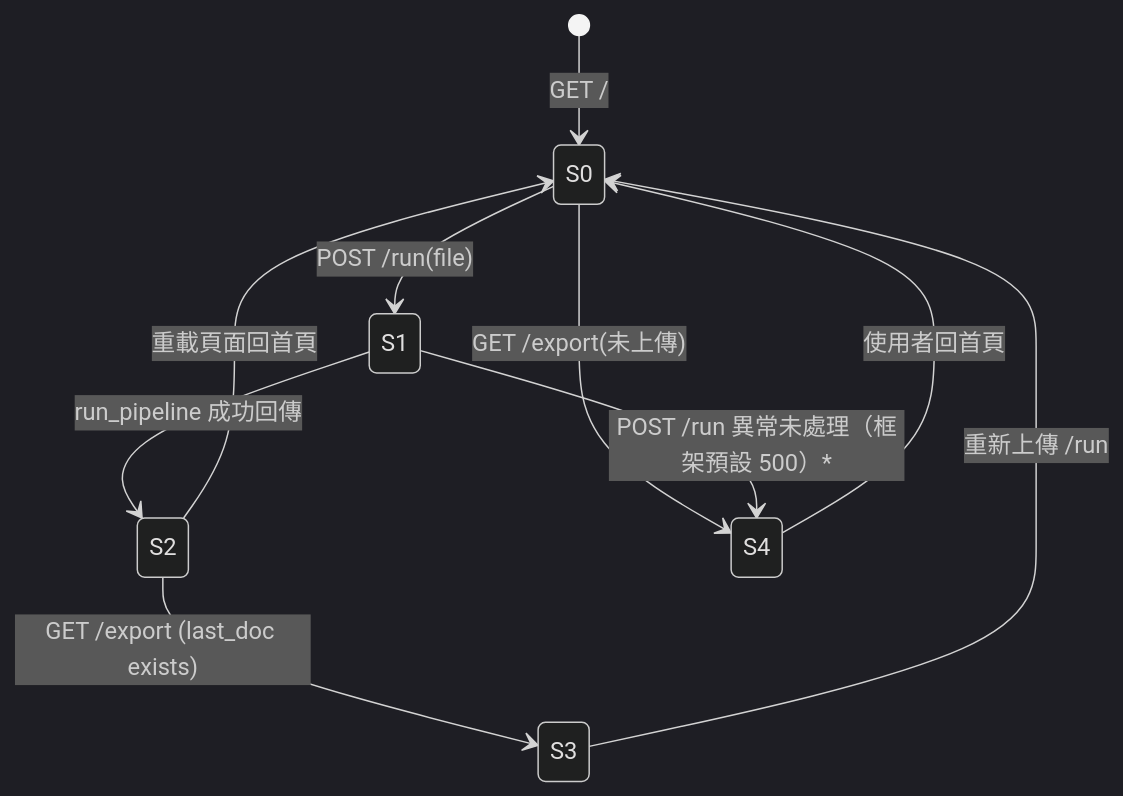
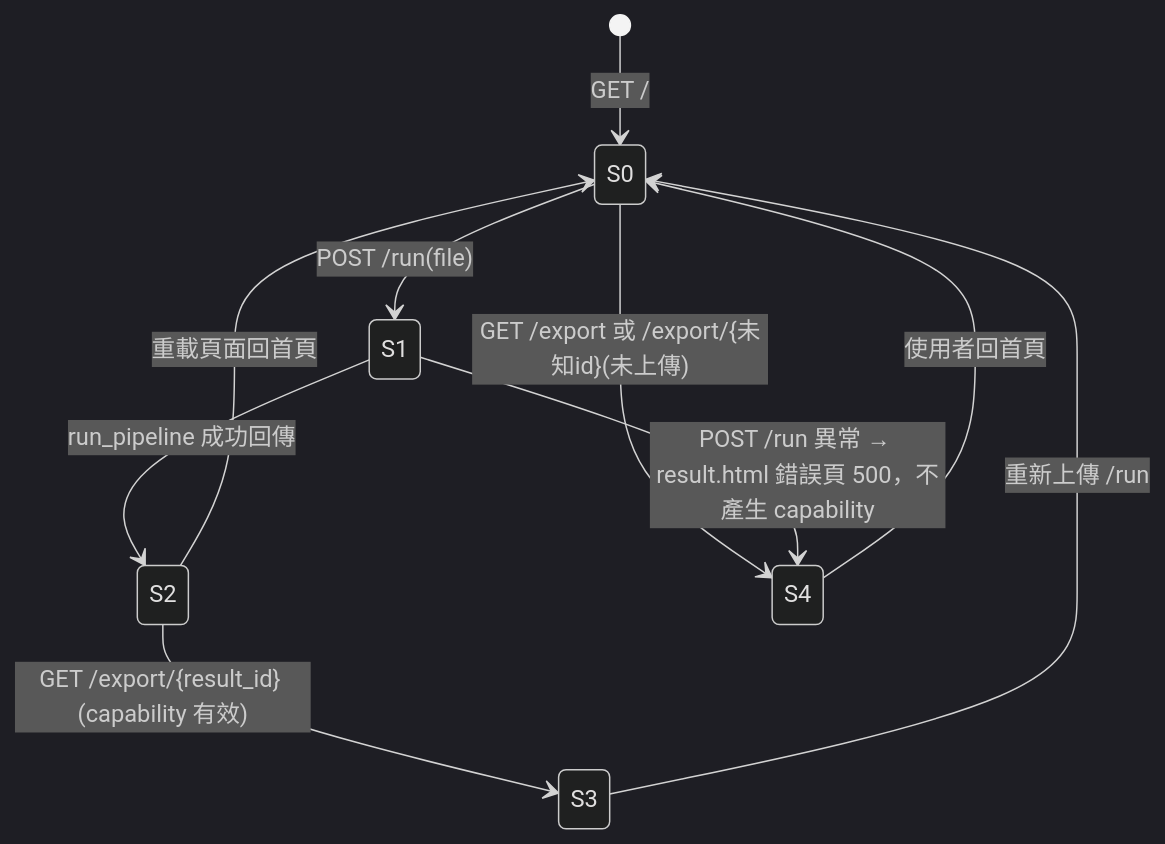
One commit to Reese-max/note-filler changed the first of 2 diagrams in docs/specs/note-filler-state-machine.md. Above: the diagram before and after it, drawn with Mermaid (dark theme). The commit also changed other lines of this file and 29 other files, not shown here.

First line of the commit message:
fix(server): isolate exports behind opaque result capability + root README (#4, #1) (#8)

````diff
--- a/docs/specs/note-filler-state-machine.md
+++ b/docs/specs/note-filler-state-machine.md
@@ -30,12 +30,12 @@
 ```mermaid
 stateDiagram-v2
     [*] --> S0 : GET /
     S0 --> S1 : POST /run(file)
     S1 --> S2 : run_pipeline 成功回傳
-    S2 --> S3 : GET /export (last_doc exists)
+    S2 --> S3 : GET /export/{result_id} (capability 有效)
     S2 --> S0 : 重載頁面回首頁
-    S0 --> S4 : GET /export(未上傳)
-    S1 --> S4 : POST /run 異常未處理（框架預設 500）*
+    S0 --> S4 : GET /export 或 /export/{未知id}(未上傳)
+    S1 --> S4 : POST /run 異常 → result.html 錯誤頁 500，不產生 capability
     S4 --> S0 : 使用者回首頁
     S3 --> S0 : 重新上傳 /run
 ```
````
